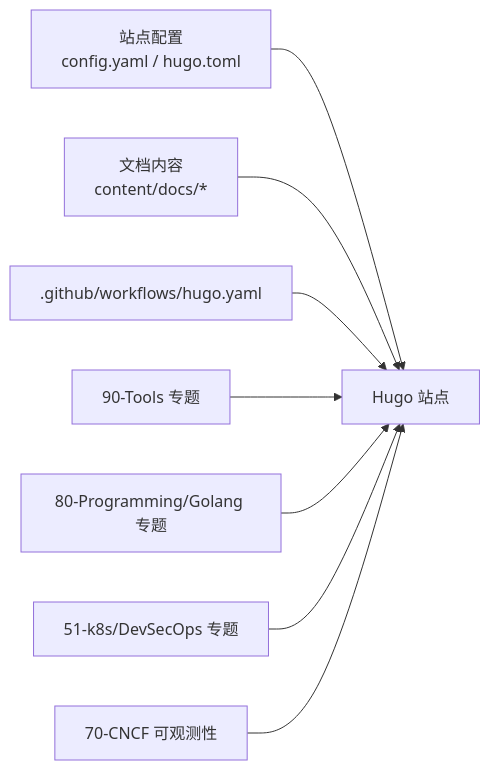
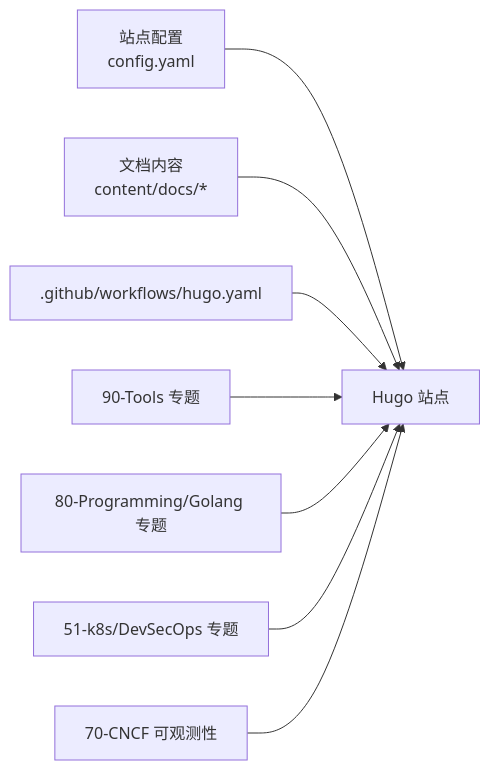
Before and after one commit to nianjiang/nianjiang.github.io: the fourth of 4 diagrams in .qoder/repowiki/zh/content/技术文档体系/开发工具指南/开发工具指南.md, drawn with Mermaid. The commit also changed other lines of this file and 21 other files, not shown here.

````diff
--- a/.qoder/repowiki/zh/content/技术文档体系/开发工具指南/开发工具指南.md
+++ b/.qoder/repowiki/zh/content/技术文档体系/开发工具指南/开发工具指南.md
@@ -213,10 +235,10 @@
 ```mermaid
 graph LR
-Conf["站点配置<br/>config.yaml / hugo.toml"] --> Site["Hugo 站点"]
+Conf["站点配置<br/>config.yaml"] --> Site["Hugo 站点"]
 Content["文档内容<br/>content/docs/*"] --> Site
 CI[".github/workflows/hugo.yaml"] --> Site
 Tools["90-Tools 专题"] --> Site
 Golang["80-Programming/Golang 专题"] --> Site
 DevSecOps["51-k8s/DevSecOps 专题"] --> Site
 Observe["70-CNCF 可观测性"] --> Site
 ```
````
